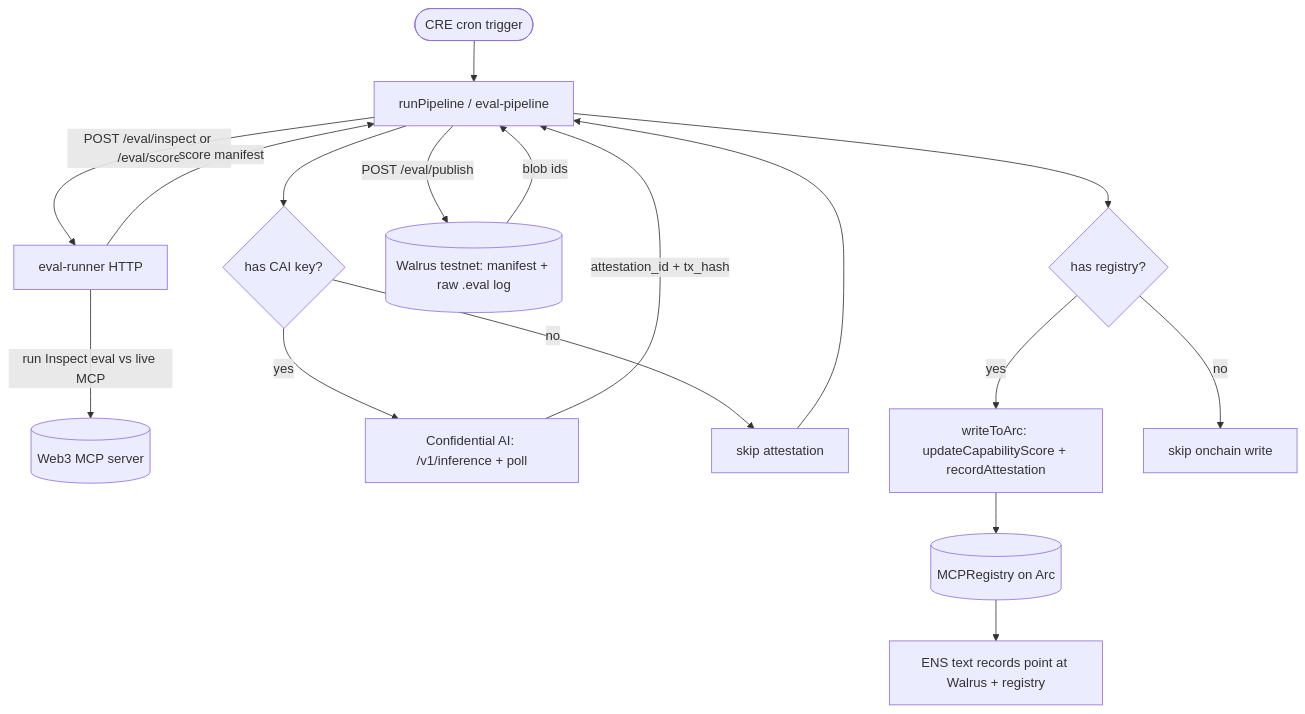
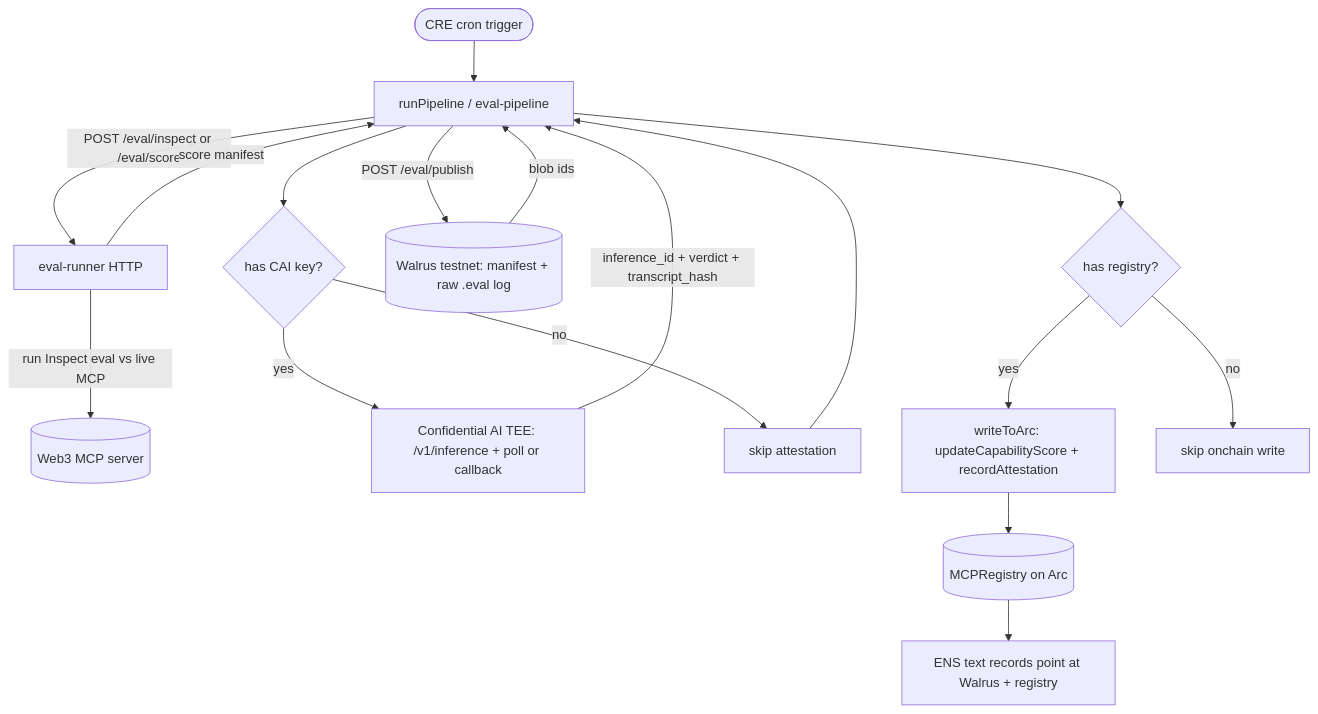
The first of 2 diagrams in README.md (vhspace/goldenmcp), drawn with Mermaid before and after one commit. The commit also changed other lines of this file and 14 other files, not shown here.

````diff
--- a/README.md
+++ b/README.md
@@ -51,22 +53,22 @@
 ```mermaid
 flowchart TD
     Cron([CRE cron trigger]) --> Pipeline[runPipeline / eval-pipeline]
     Pipeline -->|POST /eval/inspect or /eval/score| Runner[eval-runner HTTP]
     Runner -->|run Inspect eval vs live MCP| MCP[(Web3 MCP server)]
     Runner -->|score manifest| Pipeline
 
     Pipeline --> CAIcheck{has CAI key?}
-    CAIcheck -->|yes| CAI[Confidential AI: /v1/inference + poll]
+    CAIcheck -->|yes| CAI[Confidential AI TEE: /v1/inference + poll or callback]
     CAIcheck -->|no| SkipCAI[skip attestation]
-    CAI -->|attestation_id + tx_hash| Pipeline
+    CAI -->|inference_id + verdict + transcript_hash| Pipeline
     SkipCAI --> Pipeline
 
     Pipeline -->|POST /eval/publish| Walrus[(Walrus testnet: manifest + raw .eval log)]
     Walrus -->|blob ids| Pipeline
 
     Pipeline --> Arccheck{has registry?}
     Arccheck -->|yes| Arc[writeToArc: updateCapabilityScore + recordAttestation]
     Arccheck -->|no| SkipArc[skip onchain write]
     Arc --> Registry[(MCPRegistry on Arc)]
     Registry --> ENS[ENS text records point at Walrus + registry]
 ```
````
